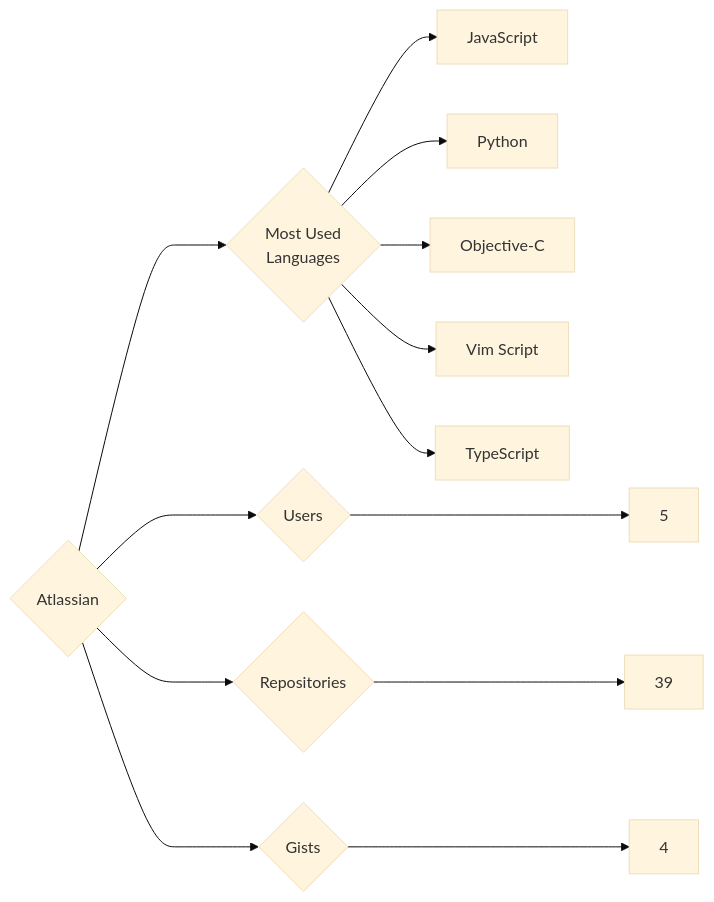
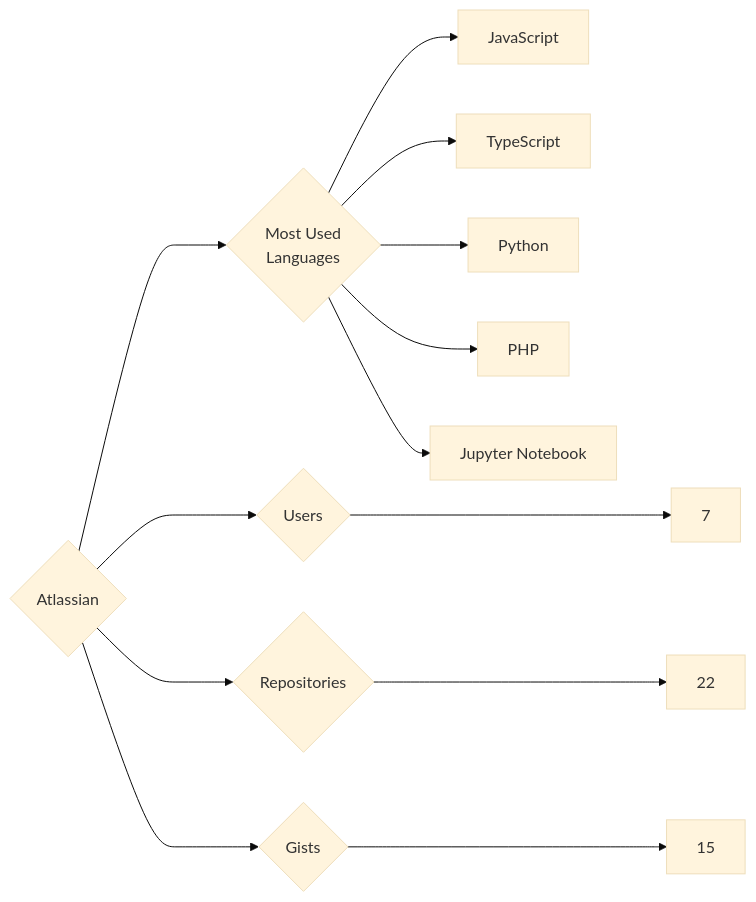
Before and after one commit to trickest/insiders: the diagram in targets/Atlassian/README.md, drawn with Mermaid (base theme). The commit also changed 1120 other files, not shown here.

````diff
--- a/targets/Atlassian/README.md
+++ b/targets/Atlassian/README.md
@@ -3,13 +3,13 @@
 ```mermaid
 graph LR
 COMPANY_NAME{Atlassian}
-COMPANY_NAME ---> U{Users} ---> UN[5]
-COMPANY_NAME ---> R{Repositories} ---> RN[39]
-COMPANY_NAME ---> G{Gists} ---> GN[4]
+COMPANY_NAME ---> U{Users} ---> UN[7]
+COMPANY_NAME ---> R{Repositories} ---> RN[22]
+COMPANY_NAME ---> G{Gists} ---> GN[15]
 COMPANY_NAME ---> ML{Most Used<br>Languages}
 ML --> JavaScript[JavaScript]
+ML --> TypeScript[TypeScript]
 ML --> Python[Python]
-ML --> Objective-C[Objective-C]
-ML --> Vim_Script[Vim Script]
-ML --> TypeScript[TypeScript]
+ML --> PHP[PHP]
+ML --> Jupyter_Notebook[Jupyter Notebook]
 ```
````
